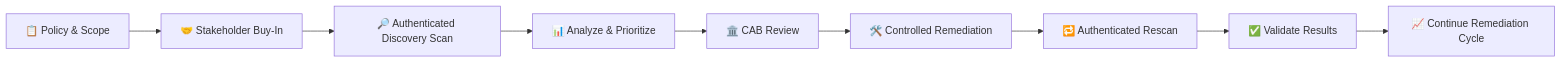
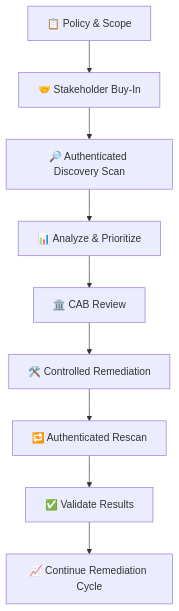
The first of 2 diagrams in vulnerabilityManagement/README.md (katydevelops/cyberRangePortfolio), drawn with Mermaid before and after one commit. The commit also changed other lines of this file, not shown here.

````diff
--- a/vulnerabilityManagement/README.md
+++ b/vulnerabilityManagement/README.md
@@ -54,11 +56,11 @@
 ```mermaid
-flowchart LR
+flowchart TD
     A["📋 Policy & Scope"] --> B["🤝 Stakeholder Buy-In"]
     B --> C["🔎 Authenticated Discovery Scan"]
     C --> D["📊 Analyze & Prioritize"]
     D --> E["🏛️ CAB Review"]
     E --> F["🛠️ Controlled Remediation"]
     F --> G["🔁 Authenticated Rescan"]
     G --> H["✅ Validate Results"]
     H --> I["📈 Continue Remediation Cycle"]
 ```
````
